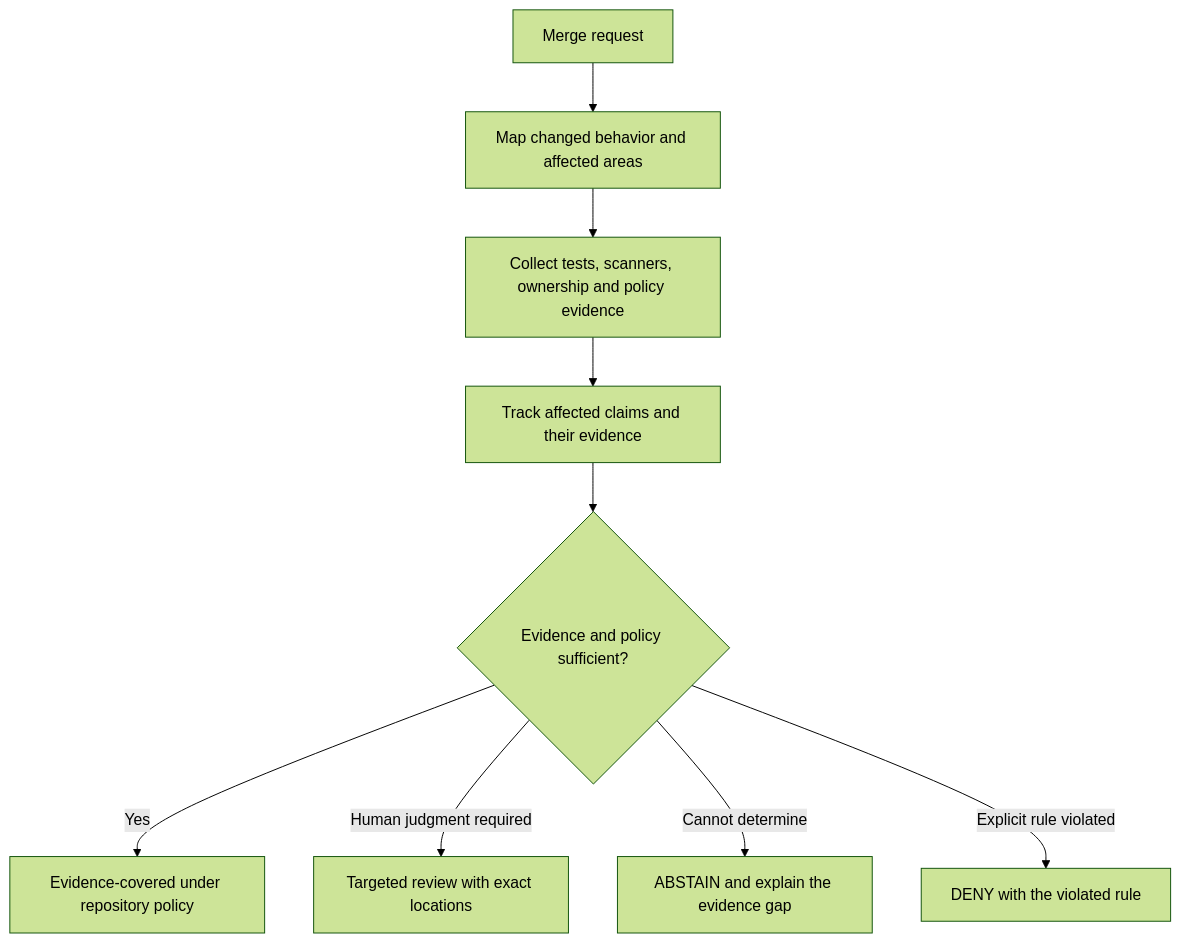
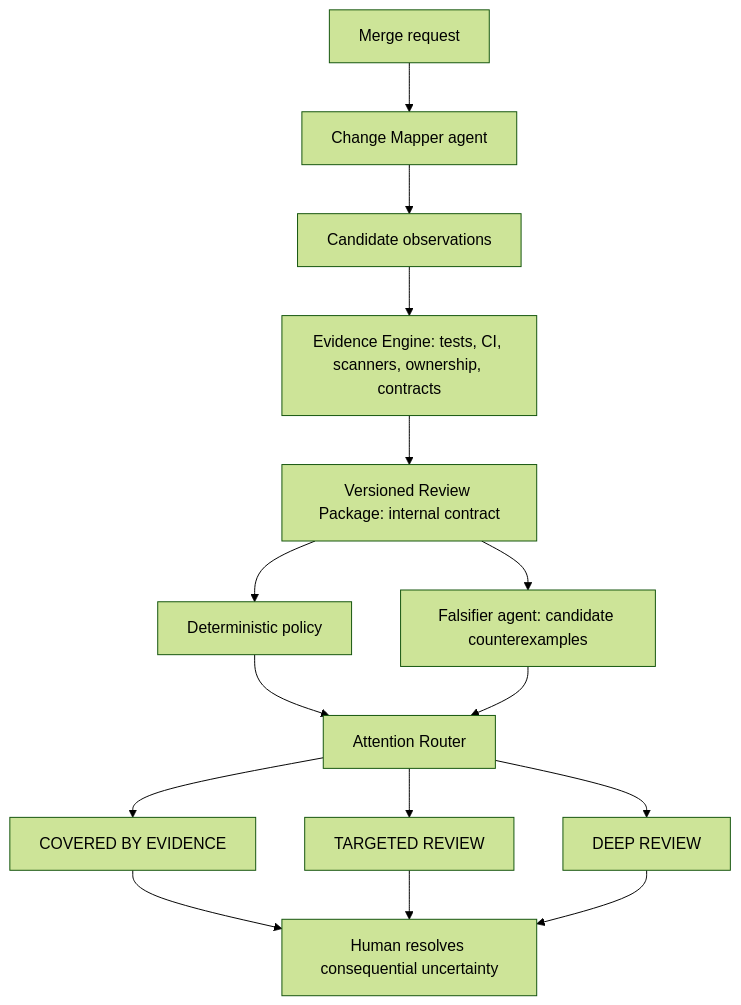
The first of 5 diagrams in README.md (annatchijova/to-build-a-fire), drawn with Mermaid (forest theme) before and after one commit. The commit also changed other lines of this file and 13 other files, not shown here.

Commit message:
Build Level 1 attention router core

````diff
--- a/README.md
+++ b/README.md
@@ -21,11 +23,17 @@
 ```mermaid
 flowchart TD
-    MR[Merge request] --> MAP[Map changed behavior and affected areas]
-    MAP --> EVIDENCE[Collect tests, scanners, ownership and policy evidence]
-    EVIDENCE --> CLAIMS[Track affected claims and their evidence]
-    CLAIMS --> DECISION{Evidence and policy sufficient?}
-    DECISION -->|Yes| COVERED[Evidence-covered under repository policy]
-    DECISION -->|Human judgment required| TARGET[Targeted review with exact locations]
-    DECISION -->|Cannot determine| ABSTAIN[ABSTAIN and explain the evidence gap]
-    DECISION -->|Explicit rule violated| DENY[DENY with the violated rule]
+    MR[Merge request] --> MAP[Change Mapper agent]
+    MAP --> CANDIDATES[Candidate observations]
+    CANDIDATES --> EVIDENCE[Evidence Engine: tests, CI, scanners, ownership, contracts]
+    EVIDENCE --> PACKAGE[Versioned Review Package: internal contract]
+    PACKAGE --> POLICY[Deterministic policy]
+    PACKAGE --> FALSIFIER[Falsifier agent: candidate counterexamples]
+    POLICY --> ROUTER[Attention Router]
+    FALSIFIER --> ROUTER
+    ROUTER --> COVERED[COVERED BY EVIDENCE]
+    ROUTER --> TARGET[TARGETED REVIEW]
+    ROUTER --> DEEP[DEEP REVIEW]
+    COVERED --> HUMAN[Human resolves consequential uncertainty]
+    TARGET --> HUMAN
+    DEEP --> HUMAN
 ```
````
